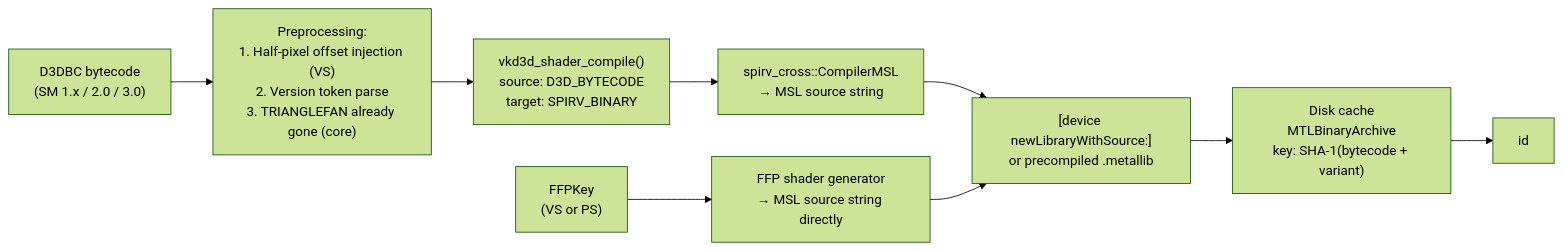
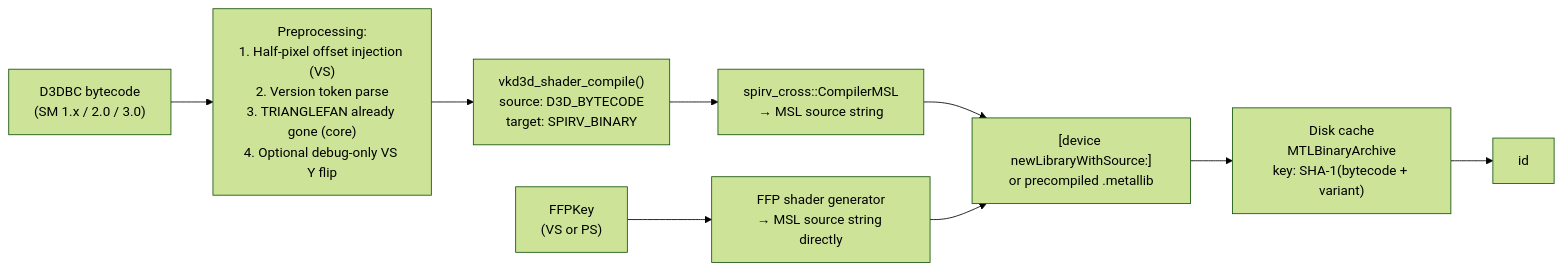
The eighth of 11 diagrams in specs/backend/design.md (dfdgsdfg/dxmt9), drawn with Mermaid (forest theme) before and after one commit. The commit also changed other lines of this file and 6 other files, not shown here.

````diff
--- a/specs/backend/design.md
+++ b/specs/backend/design.md
@@ -302,14 +302,14 @@
 ```mermaid
 flowchart LR
     BC["D3DBC bytecode\n(SM 1.x / 2.0 / 3.0)"]
     FFP["FFPKey\n(VS or PS)"]
 
-    BC --> PRE["Preprocessing:\n1. Half-pixel offset injection (VS)\n2. Version token parse\n3. TRIANGLEFAN already gone (core)"]
+    BC --> PRE["Preprocessing:\n1. Half-pixel offset injection (VS)\n2. Version token parse\n3. TRIANGLEFAN already gone (core)\n4. Optional debug-only VS Y flip"]
     PRE --> VKD3D["vkd3d_shader_compile()\nsource: D3D_BYTECODE\ntarget: SPIRV_BINARY"]
     VKD3D --> SPIRVCROSS["spirv_cross::CompilerMSL\n→ MSL source string"]
     FFP --> FFGEN["FFP shader generator\n→ MSL source string directly"]
     SPIRVCROSS --> COMPILE["[device newLibraryWithSource:]\nor precompiled .metallib"]
     FFGEN --> COMPILE
     COMPILE --> DISKCACHE["Disk cache\nMTLBinaryArchive\nkey: SHA-1(bytecode + variant)"]
     DISKCACHE --> FN["id<MTLFunction>"]
 ```
````
